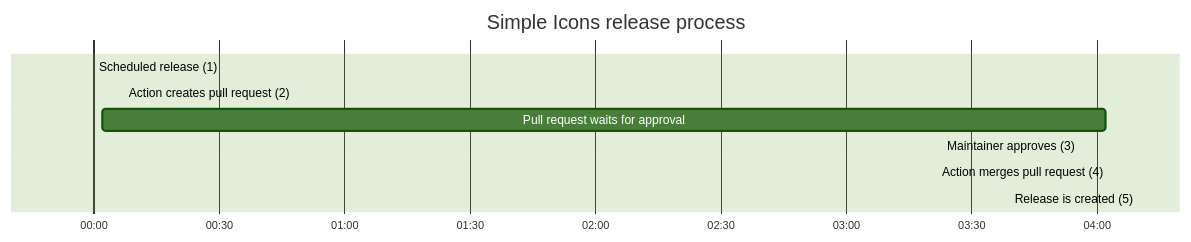
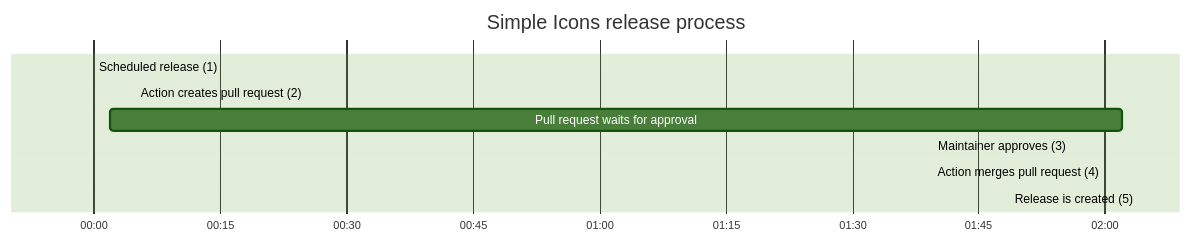
Before and after one commit to simple-icons/release-action: the diagram in CONTRIBUTING.md, drawn with Mermaid (forest theme).

Commit message:
Improve timing in gantt diagram

````diff
--- a/CONTRIBUTING.md
+++ b/CONTRIBUTING.md
@@ -32,12 +32,12 @@
 ```mermaid
 gantt
     title Simple Icons release process
     dateFormat HH:mm
     axisFormat %H:%M
     Scheduled release (1)           :00:00, 0min
-    Action creates pull request (2) :00:07, 0min
-    Pull request waits for approval :00:02, 4h
-    Maintainer approves (3)         :03:56, 0min
-    Action merges pull request (4)  :04:03, 0min
-    Release is created (5)          :04:10, 0min
+    Action creates pull request (2) :00:05, 0min
+    Pull request waits for approval :00:02, 2h
+    Maintainer approves (3)         :01:56, 0min
+    Action merges pull request (4)  :02:00, 0min
+    Release is created (5)          :02:04, 0min
 ```
````
